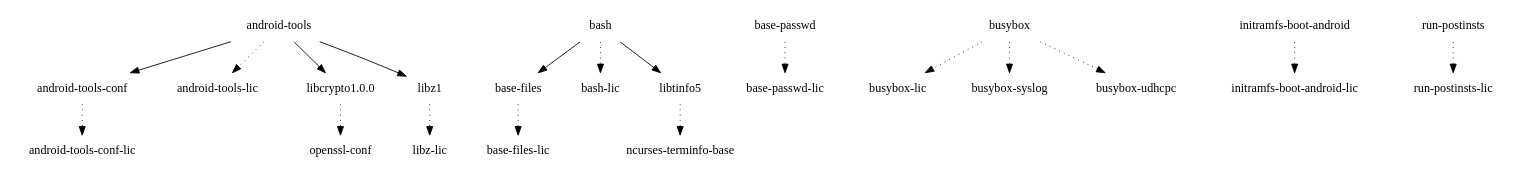
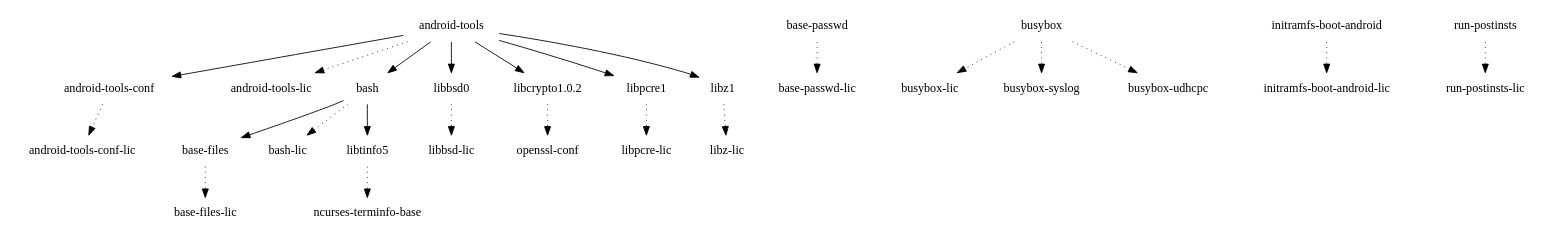
One commit to webOS-ports/buildhistory changed the diagram in images/mako/glibc/initramfs-android-image/depends-nokernel-nolibc-noupdate.dot. Above: the diagram before and after it, drawn with Graphviz. The commit also changed 589 other files, not shown here.

```diff
--- a/images/mako/glibc/initramfs-android-image/depends-nokernel-nolibc-noupdate.dot
+++ b/images/mako/glibc/initramfs-android-image/depends-nokernel-nolibc-noupdate.dot
@@ -1,21 +1,26 @@
 digraph depends {
     node [shape=plaintext]
-"android-tools" -> "android-tools-conf";
-"android-tools" -> "android-tools-lic" [style=dotted];
-"android-tools" -> "libcrypto1.0.0";
-"android-tools" -> "libz1";
-"android-tools-conf" -> "android-tools-conf-lic" [style=dotted];
-"base-files" -> "base-files-lic" [style=dotted];
-"base-passwd" -> "base-passwd-lic" [style=dotted];
-"bash" -> "base-files";
-"bash" -> "bash-lic" [style=dotted];
-"bash" -> "libtinfo5";
-"busybox" -> "busybox-lic" [style=dotted];
-"busybox" -> "busybox-syslog" [style=dotted];
-"busybox" -> "busybox-udhcpc" [style=dotted];
-"initramfs-boot-android" -> "initramfs-boot-android-lic" [style=dotted];
-"libcrypto1.0.0" -> "openssl-conf" [style=dotted];
-"libtinfo5" -> "ncurses-terminfo-base" [style=dotted];
-"libz1" -> "libz-lic" [style=dotted];
-"run-postinsts" -> "run-postinsts-lic" [style=dotted];
+"android-tools" -> "android-tools-conf"
+"android-tools" -> "android-tools-lic" [style=dotted]
+"android-tools" -> "bash"
+"android-tools-conf" -> "android-tools-conf-lic" [style=dotted]
+"android-tools" -> "libbsd0"
+"android-tools" -> "libcrypto1.0.2"
+"android-tools" -> "libpcre1"
+"android-tools" -> "libz1"
+"base-files" -> "base-files-lic" [style=dotted]
+"base-passwd" -> "base-passwd-lic" [style=dotted]
+"bash" -> "base-files"
+"bash" -> "bash-lic" [style=dotted]
+"bash" -> "libtinfo5"
+"busybox" -> "busybox-lic" [style=dotted]
+"busybox" -> "busybox-syslog" [style=dotted]
+"busybox" -> "busybox-udhcpc" [style=dotted]
+"initramfs-boot-android" -> "initramfs-boot-android-lic" [style=dotted]
+"libbsd0" -> "libbsd-lic" [style=dotted]
+"libcrypto1.0.2" -> "openssl-conf" [style=dotted]
+"libpcre1" -> "libpcre-lic" [style=dotted]
+"libtinfo5" -> "ncurses-terminfo-base" [style=dotted]
+"libz1" -> "libz-lic" [style=dotted]
+"run-postinsts" -> "run-postinsts-lic" [style=dotted]
 }
```
